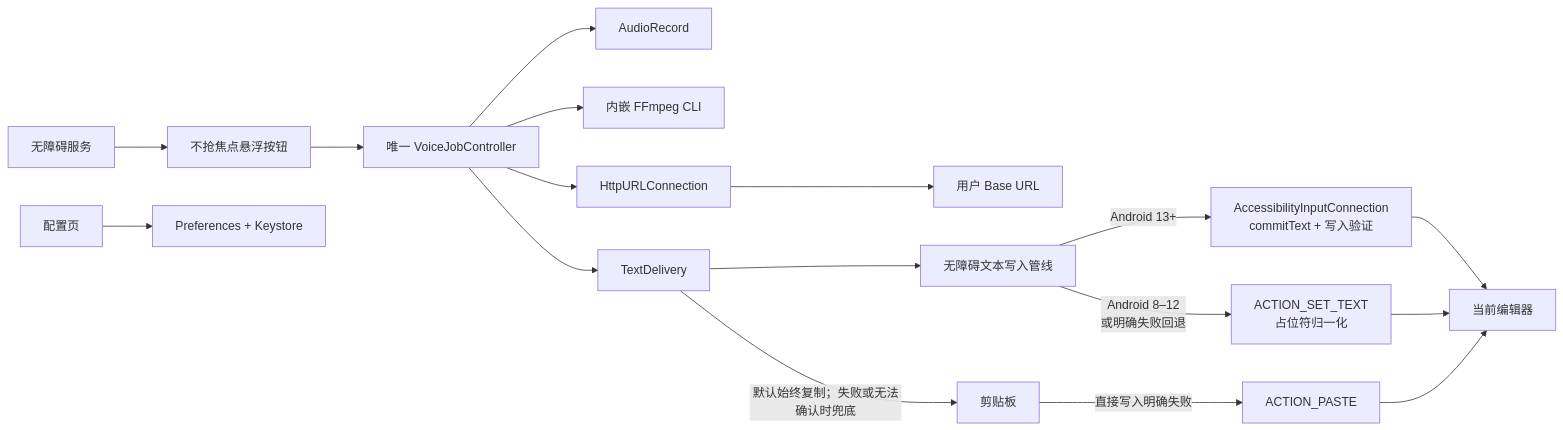
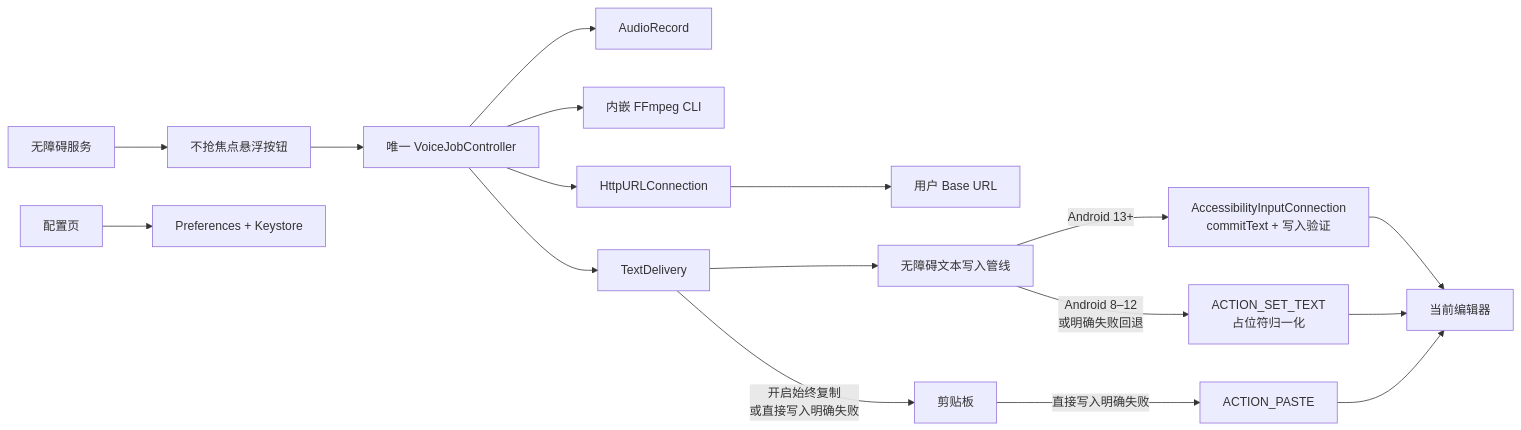
The first of 3 diagrams in README_ZH.md (Joey-Kot/Dictate), drawn with Mermaid before and after one commit. The commit also changed other lines of this file and 6 other files, not shown here.

````diff
--- a/README_ZH.md
+++ b/README_ZH.md
@@ -39,19 +39,19 @@
 ```mermaid
 flowchart LR
   A["无障碍服务"] --> B["不抢焦点悬浮按钮"]
   B --> C["唯一 VoiceJobController"]
   C --> D["AudioRecord"]
   C --> E["内嵌 FFmpeg CLI"]
   C --> F["HttpURLConnection"]
   F --> G["用户 Base URL"]
   C --> T["TextDelivery"]
   T --> W["无障碍文本写入管线"]
   W -->|"Android 13+"| M["AccessibilityInputConnection<br/>commitText + 写入验证"]
   W -->|"Android 8–12<br/>或明确失败回退"| S["ACTION_SET_TEXT<br/>占位符归一化"]
   M --> X["当前编辑器"]
   S --> X
-  T -->|"默认始终复制；失败或无法确认时兜底"| I["剪贴板"]
+  T -->|"开启始终复制<br/>或直接写入明确失败"| I["剪贴板"]
   I -->|"直接写入明确失败"| P["ACTION_PASTE"]
   P --> X
   J["配置页"] --> K["Preferences + Keystore"]
 ```
````
